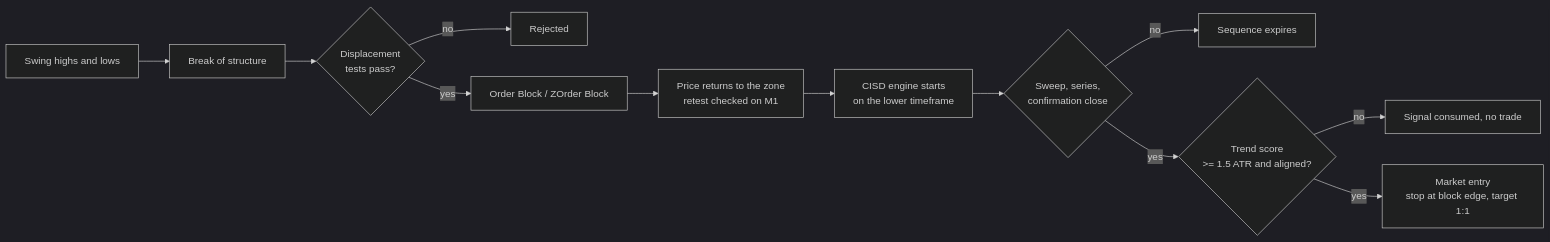
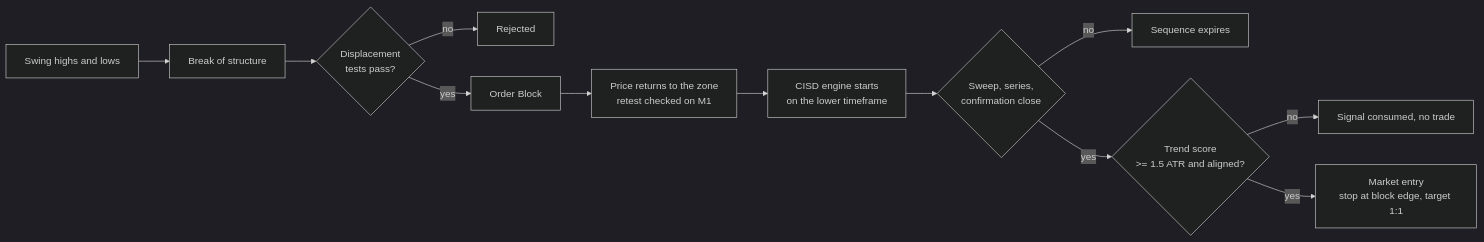
Before and after one commit to MrOwl1011/Smc_ZOB_CISD: the diagram in README.md, drawn with Mermaid (dark theme). The commit also changed other lines of this file and 20 other files, not shown here.

First line of the commit message:
Make the series block the only Order Block type

````diff
--- a/README.md
+++ b/README.md
@@ -203,14 +202,14 @@
 ```mermaid
 flowchart LR
     A[Swing highs and lows] --> B[Break of structure]
     B --> C{Displacement<br/>tests pass?}
     C -- no --> X[Rejected]
-    C -- yes --> D[Order Block / ZOrder Block]
+    C -- yes --> D[Order Block]
     D --> E[Price returns to the zone<br/>retest checked on M1]
     E --> F[CISD engine starts<br/>on the lower timeframe]
     F --> G{Sweep, series,<br/>confirmation close}
     G -- no --> Y[Sequence expires]
     G -- yes --> H{Trend score<br/>>= 1.5 ATR and aligned?}
     H -- no --> Z[Signal consumed, no trade]
     H -- yes --> I[Market entry<br/>stop at block edge, target 1:1]
 ```
````
